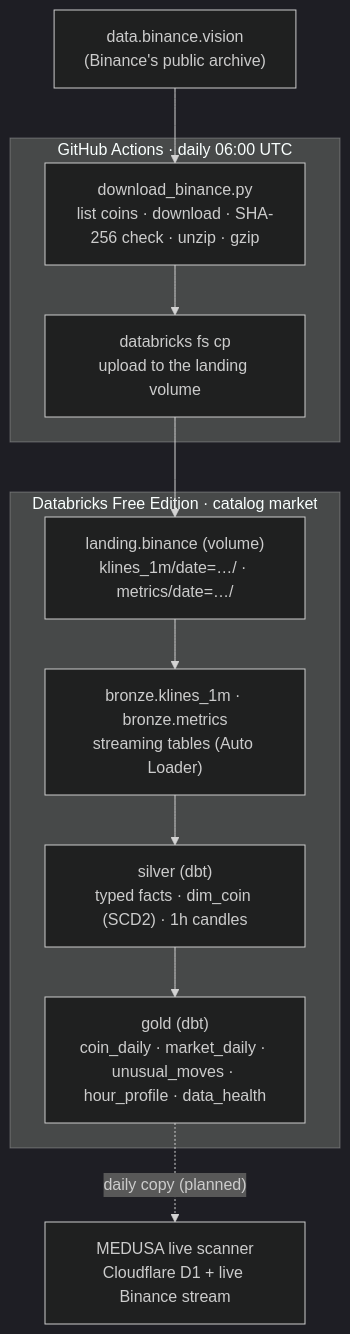
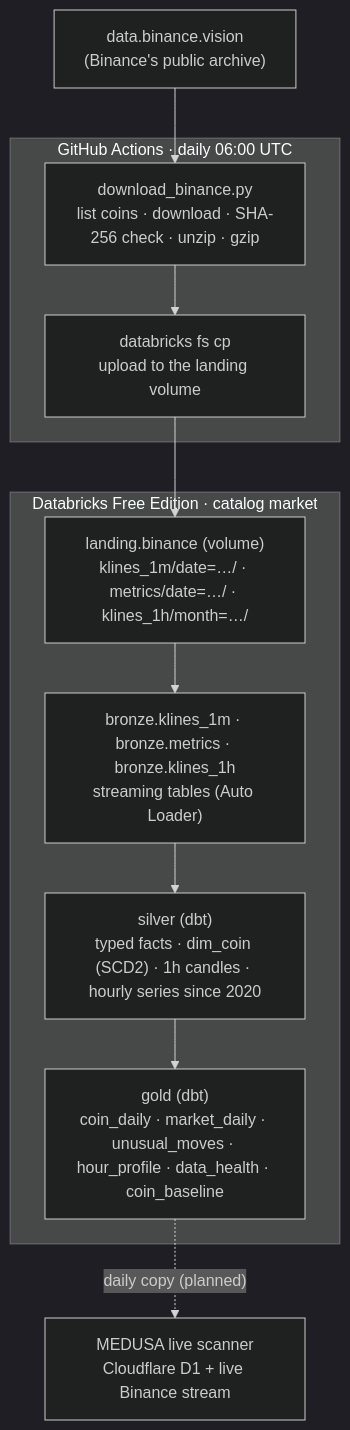
Before and after one commit to shivam65-sketch/medusa: the diagram in lakehouse/docs/architecture.md, drawn with Mermaid (dark theme). The commit also changed other lines of this file and 11 other files, not shown here.

Commit message:
Docs: steps 20-21 (hourly history, reconciliation), ADR-019/020, updated diagrams

````diff
--- a/lakehouse/docs/architecture.md
+++ b/lakehouse/docs/architecture.md
@@ -13,18 +13,18 @@
 ```mermaid
 flowchart TB
   subgraph GH["GitHub Actions · daily 06:00 UTC"]
     D1["download_binance.py<br>list coins · download · SHA-256 check · unzip · gzip"]
     D2["databricks fs cp<br>upload to the landing volume"]
     D1 --> D2
   end
   BIN["data.binance.vision<br>(Binance's public archive)"] --> D1
   subgraph DBX["Databricks Free Edition · catalog market"]
-    L["landing.binance (volume)<br>klines_1m/date=…/ · metrics/date=…/"]
-    BR["bronze.klines_1m · bronze.metrics<br>streaming tables (Auto Loader)"]
-    SI["silver (dbt)<br>typed facts · dim_coin (SCD2) · 1h candles"]
-    GO["gold (dbt)<br>coin_daily · market_daily · unusual_moves · hour_profile · data_health"]
+    L["landing.binance (volume)<br>klines_1m/date=…/ · metrics/date=…/ · klines_1h/month=…/"]
+    BR["bronze.klines_1m · bronze.metrics · bronze.klines_1h<br>streaming tables (Auto Loader)"]
+    SI["silver (dbt)<br>typed facts · dim_coin (SCD2) · 1h candles · hourly series since 2020"]
+    GO["gold (dbt)<br>coin_daily · market_daily · unusual_moves · hour_profile · data_health · coin_baseline"]
     L --> BR --> SI --> GO
   end
   D2 --> L
   GO -.->|"daily copy (planned)"| CF["MEDUSA live scanner<br>Cloudflare D1 + live Binance stream"]
 ```
````
